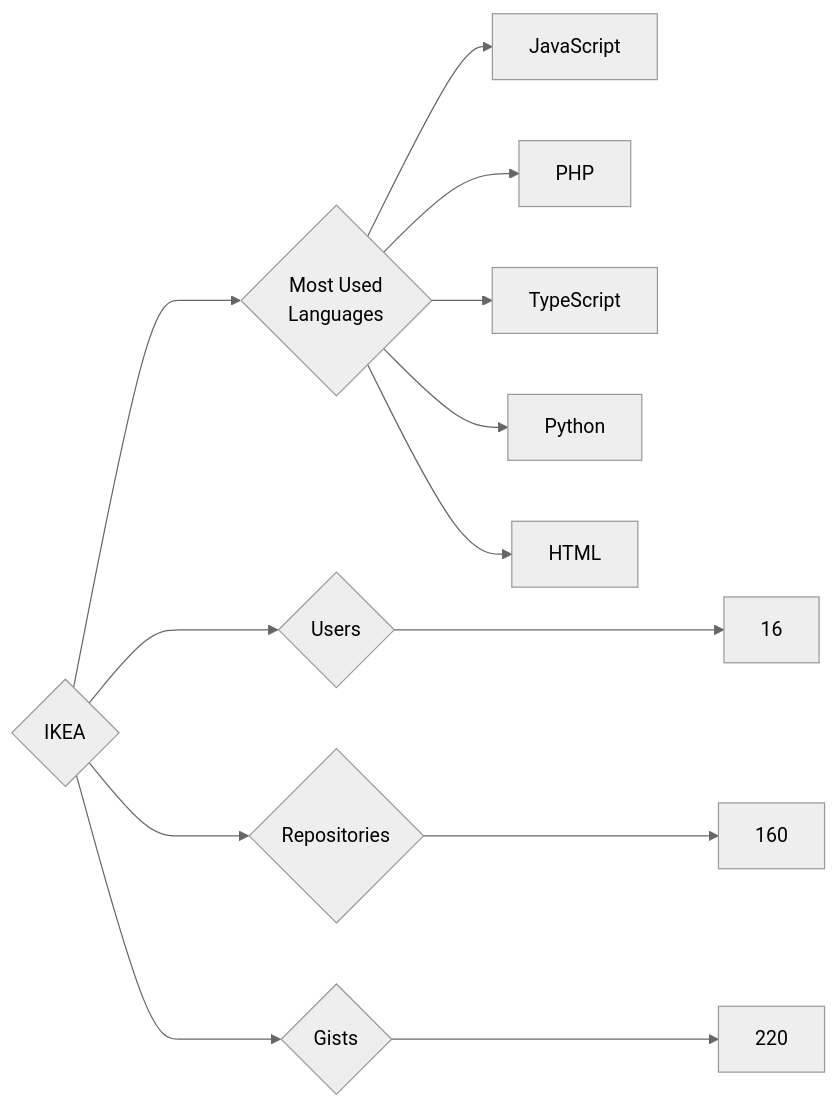
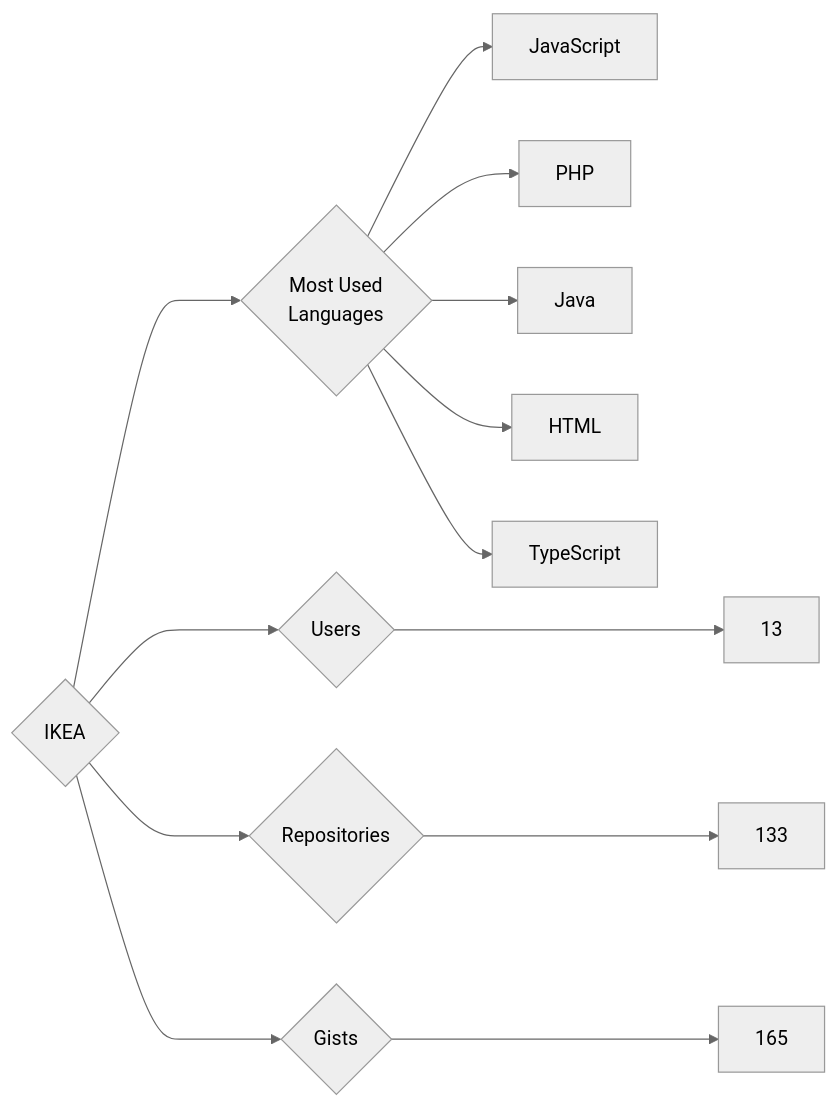
The diagram in targets/IKEA/README.md (trickest/insiders), drawn with Mermaid (neutral theme) before and after one commit. The commit also changed 826 other files, not shown here.

````diff
--- a/targets/IKEA/README.md
+++ b/targets/IKEA/README.md
@@ -3,13 +3,13 @@
 ```mermaid
 graph LR
 COMPANY_NAME{IKEA}
-COMPANY_NAME ---> U{Users} ---> UN[16]
-COMPANY_NAME ---> R{Repositories} ---> RN[160]
-COMPANY_NAME ---> G{Gists} ---> GN[220]
+COMPANY_NAME ---> U{Users} ---> UN[13]
+COMPANY_NAME ---> R{Repositories} ---> RN[133]
+COMPANY_NAME ---> G{Gists} ---> GN[165]
 COMPANY_NAME ---> ML{Most Used<br>Languages}
 ML --> JavaScript[JavaScript]
 ML --> PHP[PHP]
+ML --> Java[Java]
+ML --> HTML[HTML]
 ML --> TypeScript[TypeScript]
-ML --> Python[Python]
-ML --> HTML[HTML]
 ```
````
